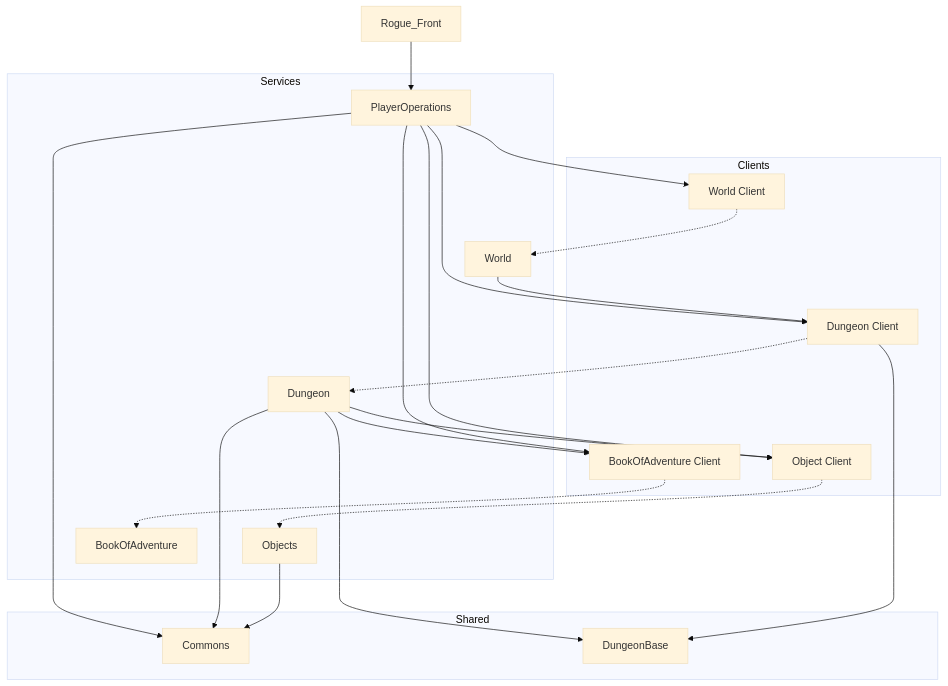
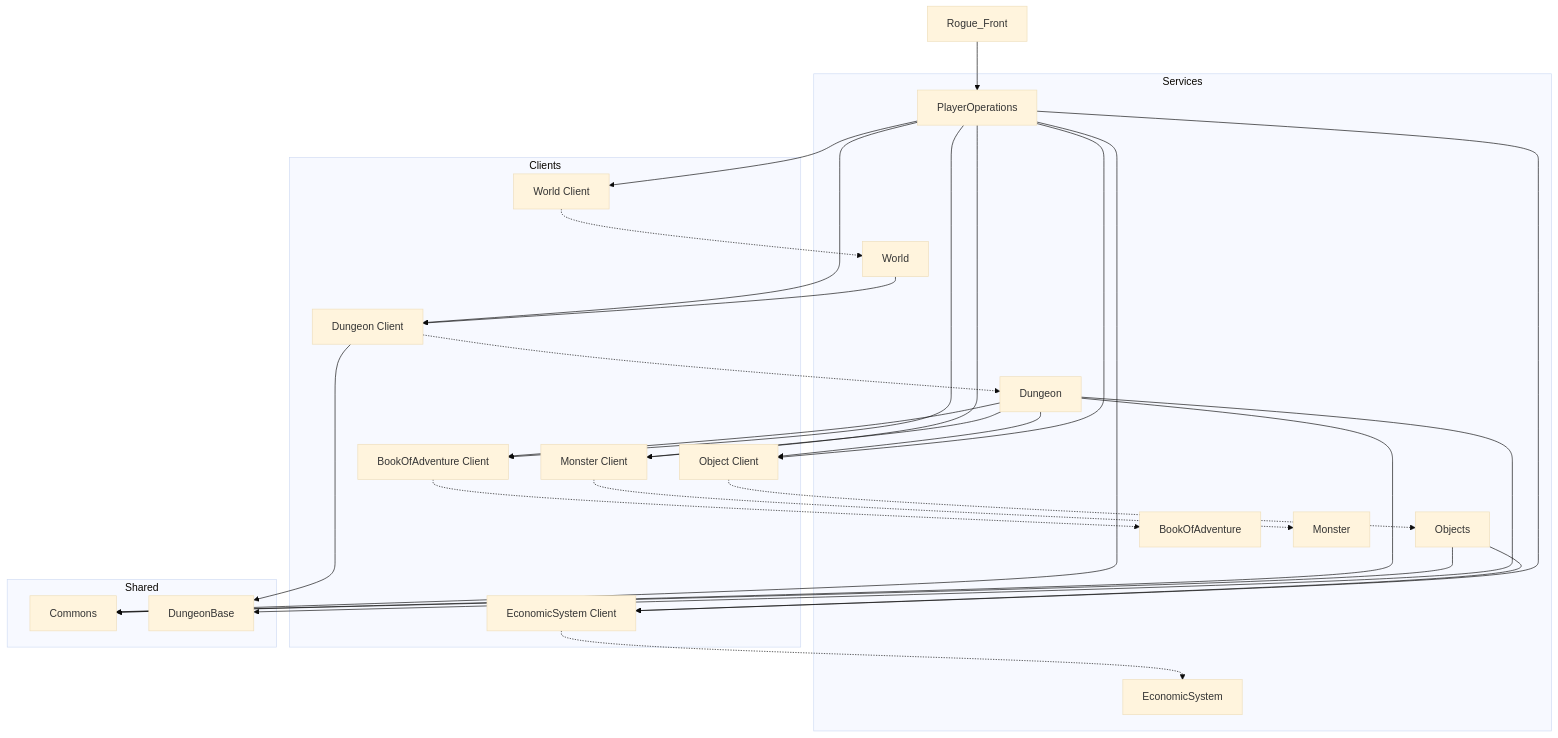
The first of 5 diagrams in docs/features/Components.md (yamanakahirofumi/rogueb), drawn with Mermaid (base theme) before and after one commit. The commit also changed other lines of this file and 4 other files, not shown here.

````diff
--- a/docs/features/Components.md
+++ b/docs/features/Components.md
@@ -67,58 +81,67 @@
 ```mermaid
 graph TD
     subgraph Services
         Dungeon
         World
         Objects
         BFF["PlayerOperations"]
         BookOfAdventure
+        Monster
+        EconomicSystem
     end
 
     subgraph Clients
         DungeonClient["Dungeon Client"]
         WorldClient["World Client"]
         ObjectsClient["Object Client"]
         BookOfAdventureClient["BookOfAdventure Client"]
+        MonsterClient["Monster Client"]
+        EconomicSystemClient["EconomicSystem Client"]
     end
 
     subgraph Shared
         Commons
         DungeonBase
     end
     
     Rogue_Front --> BFF
 
 %% 冒険の書周り
 %% なし
 
 %% ダンジョン周り
     Dungeon --> BookOfAdventureClient
     Dungeon --> ObjectsClient
+    Dungeon --> MonsterClient
 
 %% Objects
-%% なし
+    Objects --> EconomicSystemClient
 
 %% BFF PlayerOperations
     BFF --> ObjectsClient
     BFF --> BookOfAdventureClient
     BFF --> DungeonClient
     BFF --> WorldClient
+    BFF --> MonsterClient
+    BFF --> EconomicSystemClient
 
 %% World
     World --> DungeonClient
 
 %% クライアント -> サービス
     DungeonClient -.-> Dungeon
     ObjectsClient -.-> Objects
     BookOfAdventureClient -.-> BookOfAdventure
     WorldClient -.-> World
+    MonsterClient -.-> Monster
+    EconomicSystemClient -.-> EconomicSystem
 
 %% 共有ライブラリ依存
     BFF --> Commons
     Dungeon --> DungeonBase
     Dungeon --> Commons
     DungeonClient --> DungeonBase
     Objects --> Commons
     
 
 ```
````
